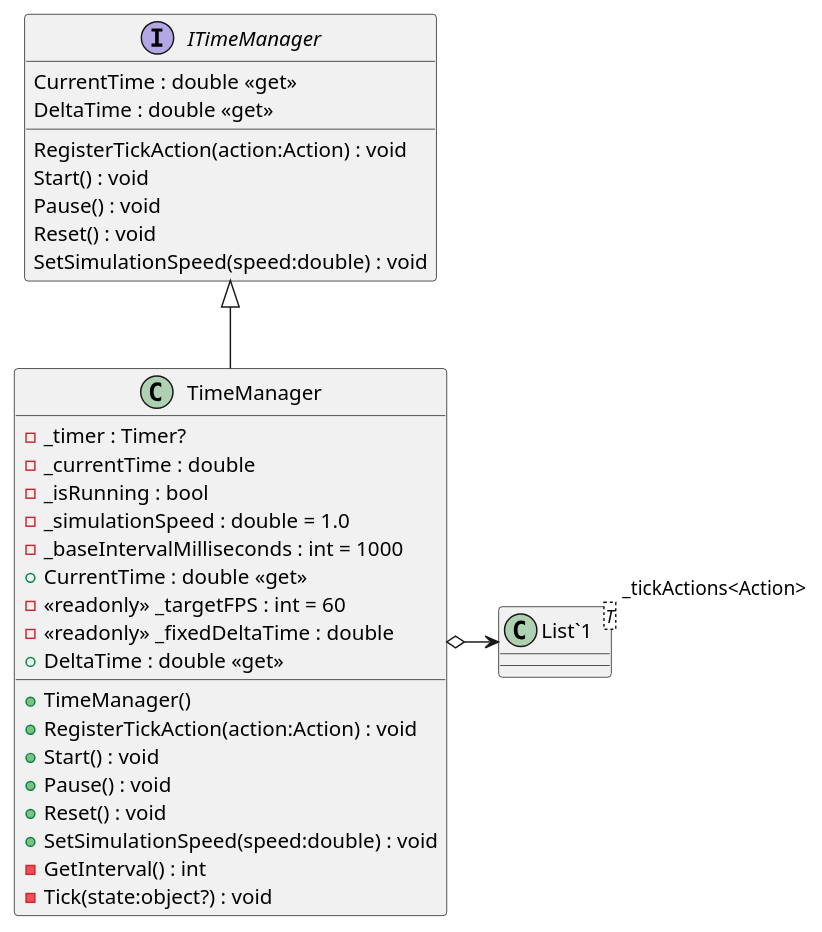
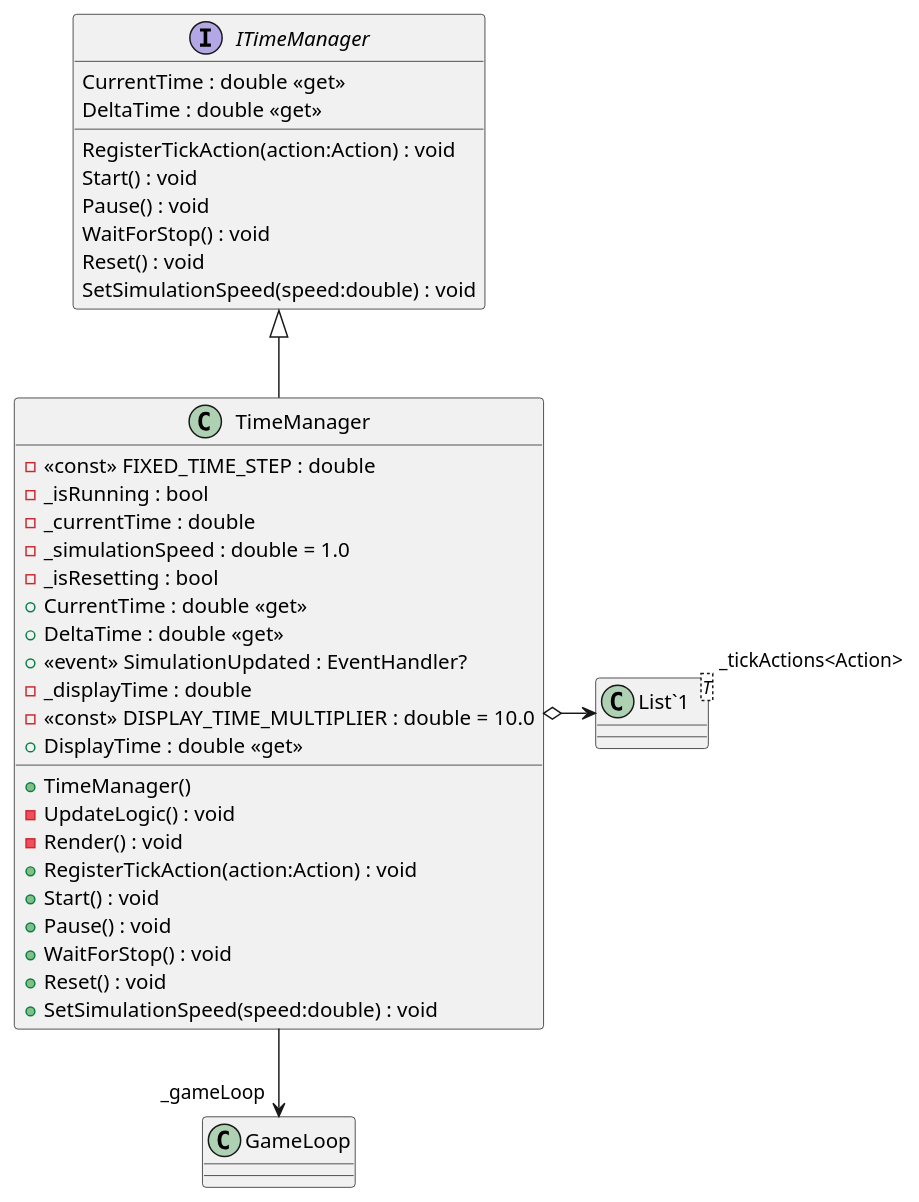
One commit to I42I/ecosystem changed the diagram in plantuml/Services/Simulation/TimeManager.puml. Above: the diagram before and after it, drawn with PlantUML. The commit also changed 65 other files, not shown here.

```diff
--- a/plantuml/Services/Simulation/TimeManager.puml
+++ b/plantuml/Services/Simulation/TimeManager.puml
@@ -1,34 +1,39 @@
 @startuml
 interface ITimeManager {
     CurrentTime : double <<get>>
     DeltaTime : double <<get>>
     RegisterTickAction(action:Action) : void
     Start() : void
     Pause() : void
+    WaitForStop() : void
     Reset() : void
     SetSimulationSpeed(speed:double) : void
 }
 class TimeManager {
-    - _timer : Timer?
+    - <<const>> FIXED_TIME_STEP : double
+    - _isRunning : bool
     - _currentTime : double
-    - _isRunning : bool
     - _simulationSpeed : double = 1.0
-    - _baseIntervalMilliseconds : int = 1000
+    - _isResetting : bool
     + CurrentTime : double <<get>>
-    - <<readonly>> _targetFPS : int = 60
-    - <<readonly>> _fixedDeltaTime : double
     + DeltaTime : double <<get>>
+    +  <<event>> SimulationUpdated : EventHandler? 
+    - _displayTime : double
+    - <<const>> DISPLAY_TIME_MULTIPLIER : double = 10.0
     + TimeManager()
+    - UpdateLogic() : void
+    - Render() : void
     + RegisterTickAction(action:Action) : void
     + Start() : void
     + Pause() : void
+    + WaitForStop() : void
+    + DisplayTime : double <<get>>
     + Reset() : void
     + SetSimulationSpeed(speed:double) : void
-    - GetInterval() : int
-    - Tick(state:object?) : void
 }
 class "List`1"<T> {
 }
 ITimeManager <|-- TimeManager
 TimeManager o-> "_tickActions<Action>" "List`1"
+TimeManager --> "_gameLoop" GameLoop
 @enduml
```
